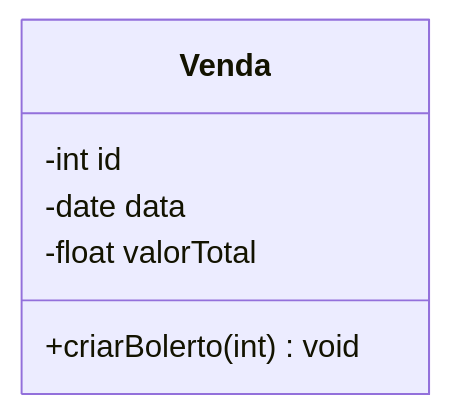
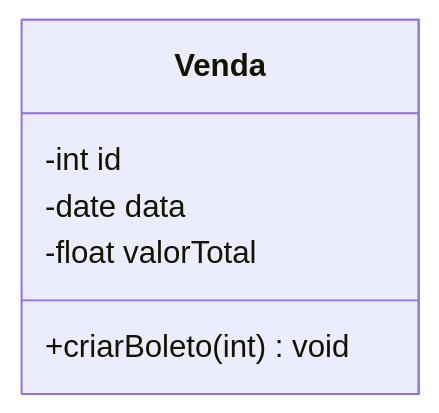
One commit to gabrielriosdias/poojavaceub-grupo2 changed the diagram in venda.md. Above: the diagram before and after it, drawn with Mermaid.

````diff
--- a/venda.md
+++ b/venda.md
@@ -1,9 +1,9 @@
 ```mermaid
 classDiagram
  class Venda {
         -int id
         -date data
         -float valorTotal
-        +criarBolerto (int) void
+        +criarBoleto (int) void
  }
 ```
````
